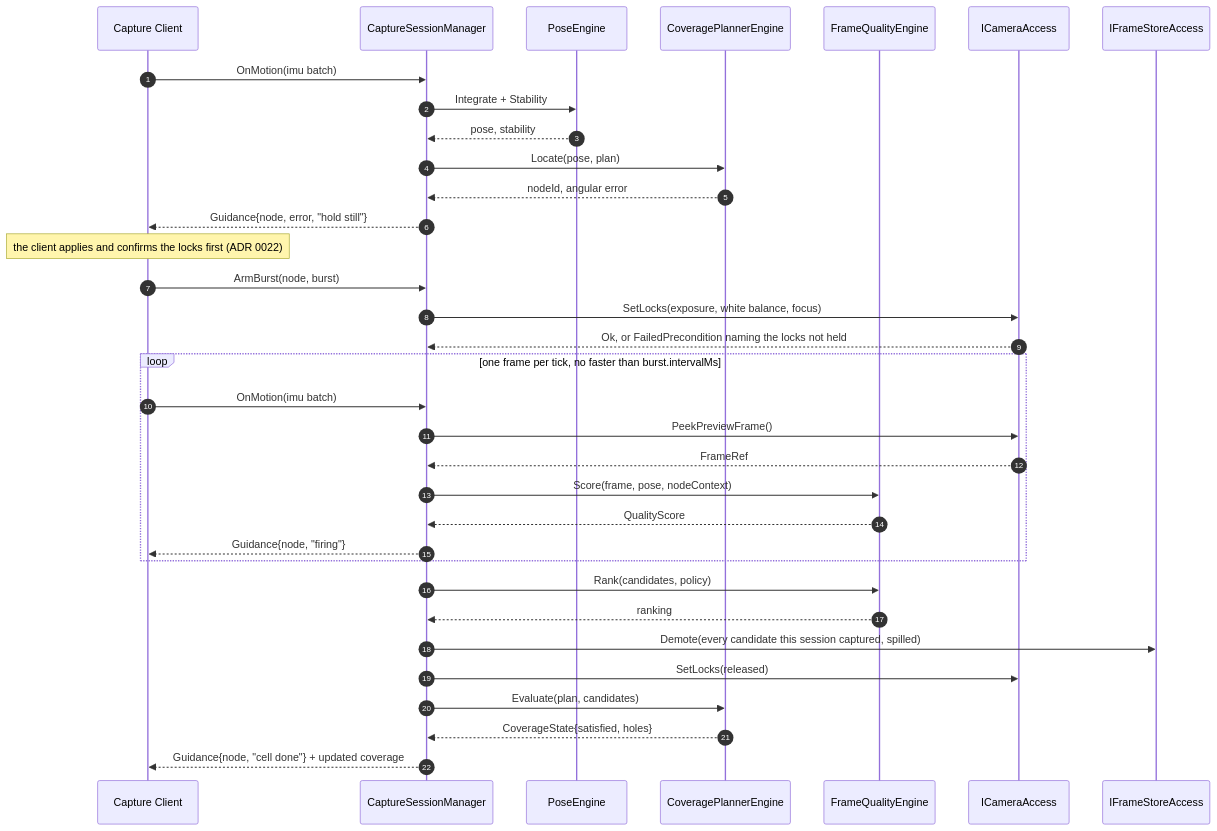
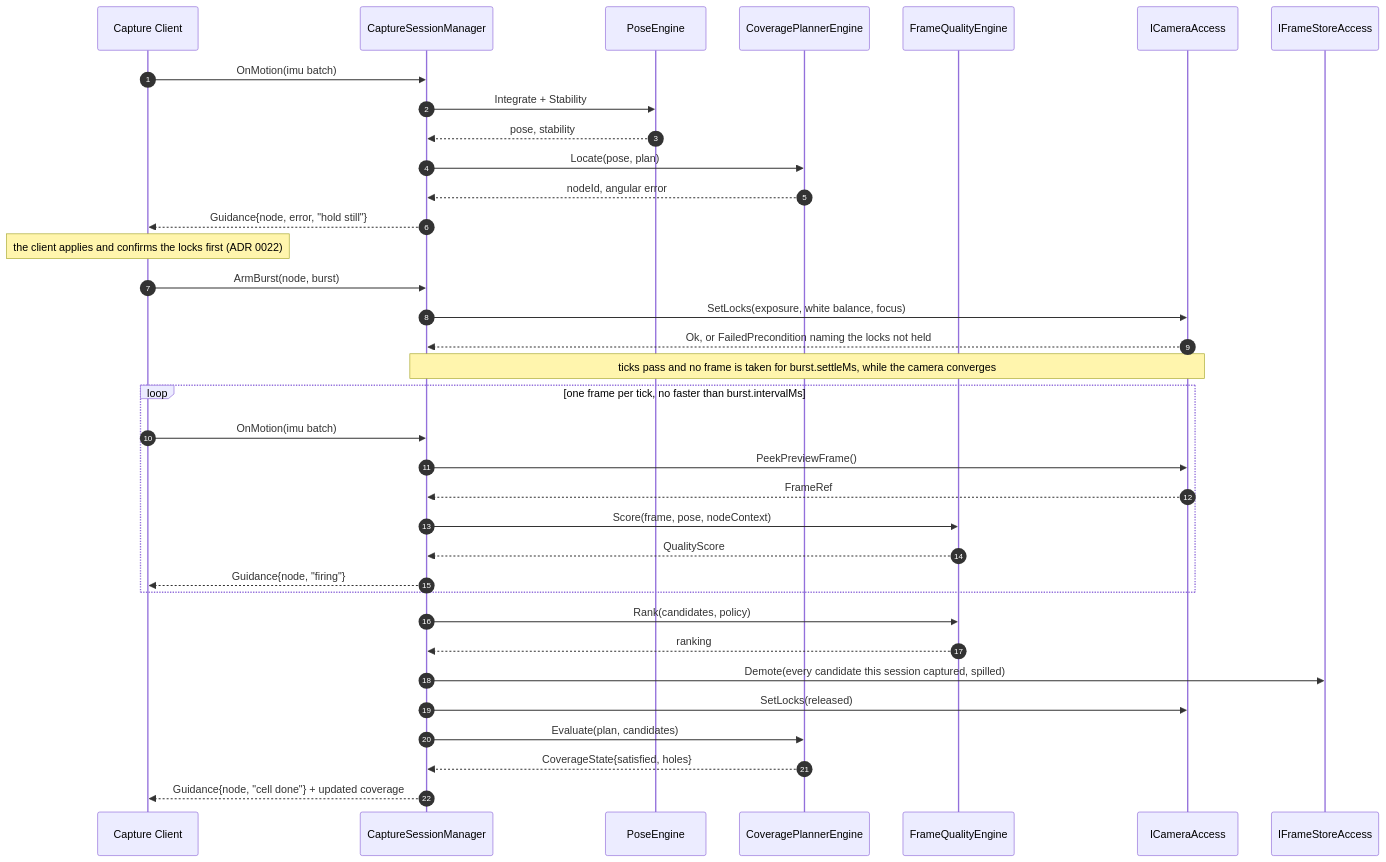
The third of 4 diagrams in docs/03-architecture.md (h3ll5ur7er/sphanorama), drawn with Mermaid before and after one commit. The commit also changed other lines of this file and 13 other files, not shown here.

````diff
--- a/docs/03-architecture.md
+++ b/docs/03-architecture.md
@@ -258,37 +258,38 @@
 ```mermaid
 sequenceDiagram
   autonumber
   participant U as Capture Client
   participant M as CaptureSessionManager
   participant P as PoseEngine
   participant V as CoveragePlannerEngine
   participant Q as FrameQualityEngine
   participant C as ICameraAccess
   participant F as IFrameStoreAccess
 
   U->>M: OnMotion(imu batch)
   M->>P: Integrate + Stability
   P-->>M: pose, stability
   M->>V: Locate(pose, plan)
   V-->>M: nodeId, angular error
   M-->>U: Guidance{node, error, "hold still"}
   Note over U: the client applies and confirms the locks first (ADR 0022)
   U->>M: ArmBurst(node, burst)
   M->>C: SetLocks(exposure, white balance, focus)
   C-->>M: Ok, or FailedPrecondition naming the locks not held
+  Note over M,C: ticks pass and no frame is taken for burst.settleMs, while the camera converges
   loop one frame per tick, no faster than burst.intervalMs
     U->>M: OnMotion(imu batch)
     M->>C: PeekPreviewFrame()
     C-->>M: FrameRef
     M->>Q: Score(frame, pose, nodeContext)
     Q-->>M: QualityScore
     M-->>U: Guidance{node, "firing"}
   end
   M->>Q: Rank(candidates, policy)
   Q-->>M: ranking
   M->>F: Demote(every candidate this session captured, spilled)
   M->>C: SetLocks(released)
   M->>V: Evaluate(plan, candidates)
   V-->>M: CoverageState{satisfied, holes}
   M-->>U: Guidance{node, "cell done"} + updated coverage
 ```
````
